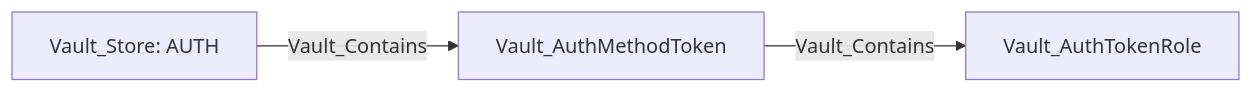
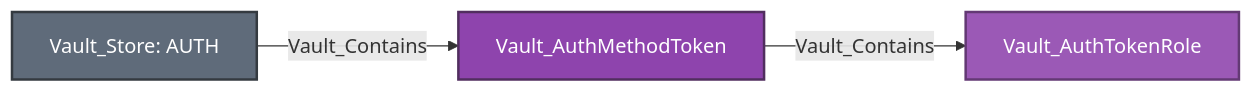
One commit to bytewreck/opengraph-vault changed diagram 24 of 28 in Documentation/stores/AUTH.md. Above: the diagram before and after it, drawn with Mermaid. The commit also changed other lines of this file and 4 other files, not shown here.

````diff
--- a/Documentation/stores/AUTH.md
+++ b/Documentation/stores/AUTH.md
@@ -1484,5 +1516,9 @@
 ```mermaid
 flowchart LR
-    store[Vault_Store: AUTH] -->|Vault_Contains| method[Vault_AuthMethodToken]
-    method -->|Vault_Contains| role[Vault_AuthTokenRole]
+    store[Vault_Store: AUTH]:::storeNode -->|Vault_Contains| method[Vault_AuthMethodToken]:::authMethodNode
+    method -->|Vault_Contains| role[Vault_AuthTokenRole]:::authRoleNode
+
+    classDef storeNode fill:#5F6B7A,color:#fff,stroke:#343A40,stroke-width:2px
+    classDef authMethodNode fill:#8E44AD,color:#fff,stroke:#512E5F,stroke-width:2px
+    classDef authRoleNode fill:#9B59B6,color:#fff,stroke:#633974,stroke-width:2px
 ```
````
